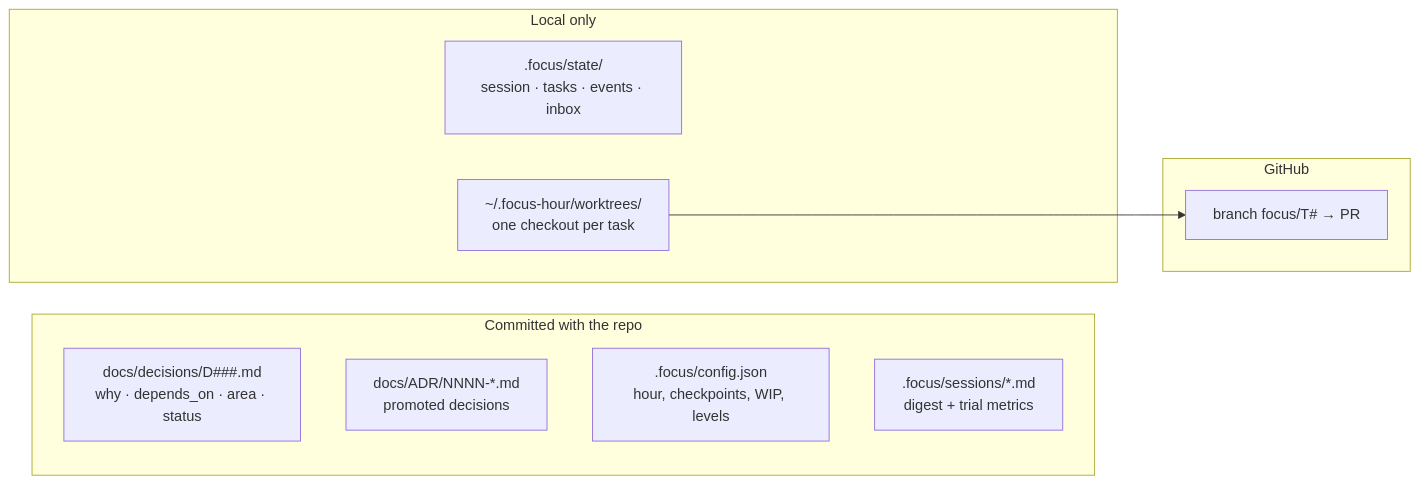
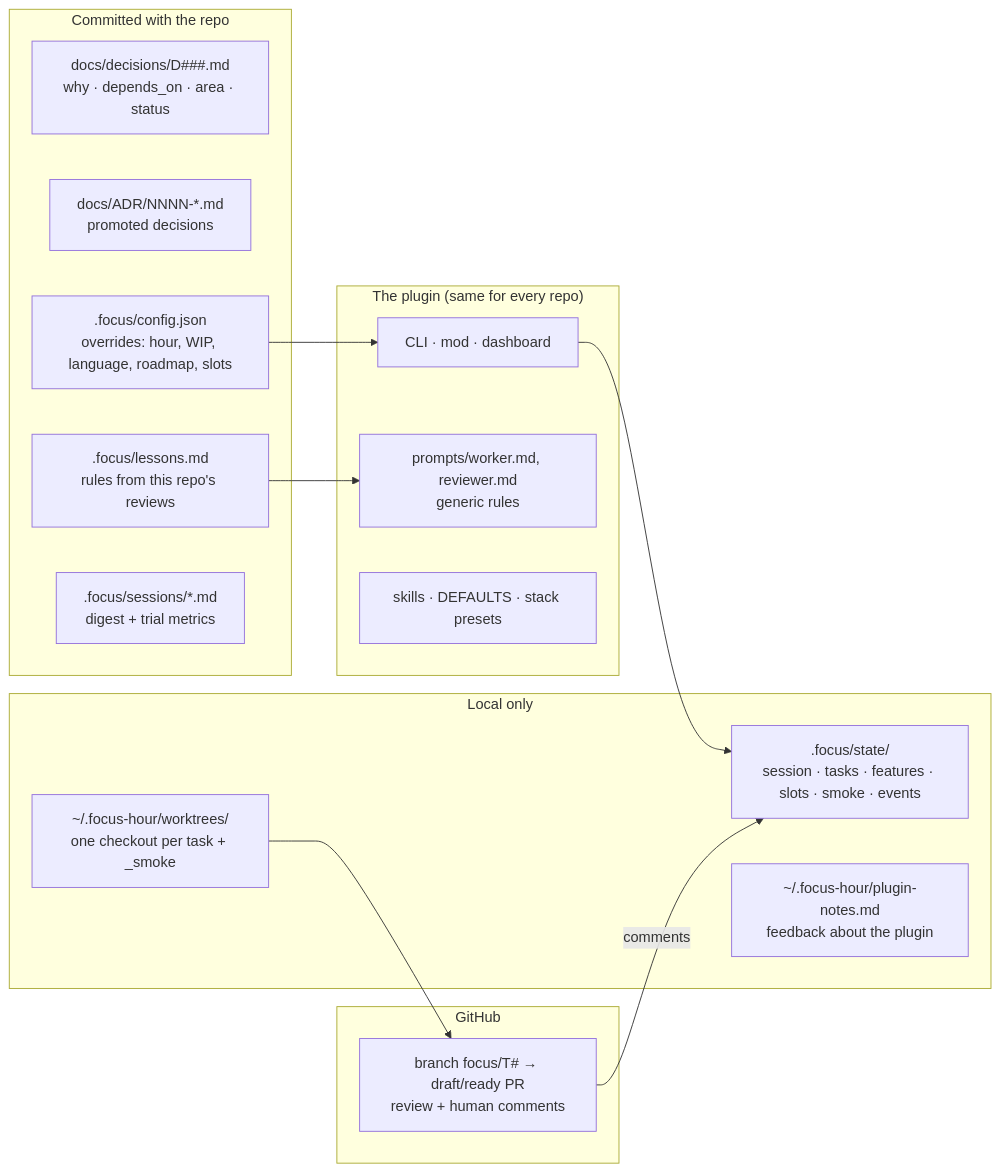
One commit to hoangphu7122002/focus-hour changed the fifth of 5 diagrams in docs/ARCHITECTURE.md. Above: the diagram before and after it, drawn with Mermaid. The commit also changed other lines of this file and 25 other files, not shown here.

First line of the commit message:
feat: feature queue, PR review loop, guardrails, env slots (v0.3 packs)

````diff
--- a/docs/ARCHITECTURE.md
+++ b/docs/ARCHITECTURE.md
@@ -116,17 +118,28 @@
 ```mermaid
 flowchart LR
+    subgraph plugin["The plugin (same for every repo)"]
+        p1["CLI · mod · dashboard"]
+        p2["prompts/worker.md, reviewer.md<br/>generic rules"]
+        p3["skills · DEFAULTS · stack presets"]
+    end
     subgraph committed["Committed with the repo"]
         a["docs/decisions/D###.md<br/>why · depends_on · area · status"]
         b["docs/ADR/NNNN-*.md<br/>promoted decisions"]
-        c[".focus/config.json<br/>hour, checkpoints, WIP, levels"]
+        c[".focus/config.json<br/>overrides: hour, WIP, language, roadmap, slots"]
+        l[".focus/lessons.md<br/>rules from this repo's reviews"]
         d[".focus/sessions/*.md<br/>digest + trial metrics"]
     end
     subgraph local["Local only"]
-        e[".focus/state/<br/>session · tasks · events · inbox"]
-        f["~/.focus-hour/worktrees/<br/>one checkout per task"]
+        e[".focus/state/<br/>session · tasks · features · slots · smoke · events"]
+        f["~/.focus-hour/worktrees/<br/>one checkout per task + _smoke"]
+        n["~/.focus-hour/plugin-notes.md<br/>feedback about the plugin"]
     end
     subgraph remote["GitHub"]
-        g["branch focus/T# → PR"]
+        g["branch focus/T# → draft/ready PR<br/>review + human comments"]
     end
+    p1 --> e
+    c --> p1
+    l --> p2
     f --> g
+    g -- comments --> e
 ```
````
